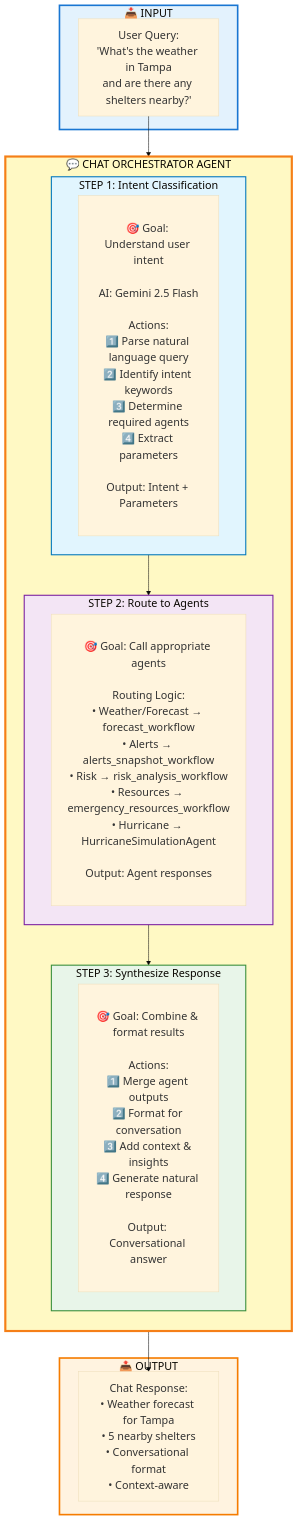
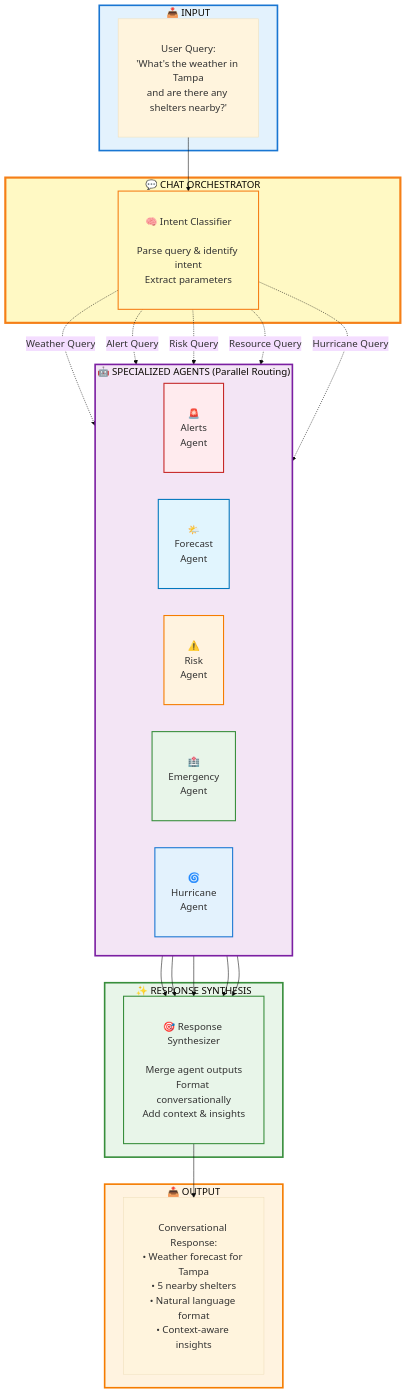
Before and after one commit to andersondang/weather_insights_and_forecase_advisor: the seventh of 7 diagrams in AGENT_FLOWS_OVERVIEW.md, drawn with Mermaid. The commit also changed other lines of this file and 1 other file, not shown here.

Commit message:
Fixed risk analysis in demo mode

````diff
--- a/AGENT_FLOWS_OVERVIEW.md
+++ b/AGENT_FLOWS_OVERVIEW.md
@@ -358,40 +358,58 @@
 ```mermaid
-%%{init: {'theme':'base', 'themeVariables': { 'fontSize':'20px', 'fontFamily':'arial'}}}%%
+%%{init: {'theme':'base', 'themeVariables': { 'fontSize':'18px', 'fontFamily':'arial'}}}%%
 graph TB
     subgraph Input6["📥 INPUT"]
-        UserQuery["User Query:<br/>'What's the weather in Tampa<br/>and are there any shelters nearby?'"]
+        UserQuery["<br/>User Query:<br/>'What's the weather in Tampa<br/>and are there any shelters nearby?'<br/><br/>"]
     end
     
-    subgraph ChatAgent["💬 CHAT ORCHESTRATOR AGENT"]
-        direction TB
-        
-        subgraph Step1F["STEP 1: Intent Classification"]
-            IntentClassify["<br/>🎯 Goal: Understand user intent<br/><br/>AI: Gemini 2.5 Flash<br/><br/>Actions:<br/>1️⃣ Parse natural language query<br/>2️⃣ Identify intent keywords<br/>3️⃣ Determine required agents<br/>4️⃣ Extract parameters<br/><br/>Output: Intent + Parameters<br/><br/>"]
-        end
-        
-        subgraph Step2F["STEP 2: Route to Agents"]
-            RouteAgents["<br/>🎯 Goal: Call appropriate agents<br/><br/>Routing Logic:<br/>• Weather/Forecast → forecast_workflow<br/>• Alerts → alerts_snapshot_workflow<br/>• Risk → risk_analysis_workflow<br/>• Resources → emergency_resources_workflow<br/>• Hurricane → HurricaneSimulationAgent<br/><br/>Output: Agent responses<br/><br/>"]
-        end
-        
-        subgraph Step3F["STEP 3: Synthesize Response"]
-            Synthesize6["<br/>🎯 Goal: Combine & format results<br/><br/>Actions:<br/>1️⃣ Merge agent outputs<br/>2️⃣ Format for conversation<br/>3️⃣ Add context & insights<br/>4️⃣ Generate natural response<br/><br/>Output: Conversational answer<br/><br/>"]
-        end
-        
-        Step1F --> Step2F
-        Step2F --> Step3F
+    subgraph ChatOrchestrator["💬 CHAT ORCHESTRATOR"]
+        IntentClassifier["<br/>🧠 Intent Classifier<br/><br/>Parse query & identify intent<br/>Extract parameters<br/><br/>"]
+    end
+    
+    subgraph SpecializedAgents["🤖 SPECIALIZED AGENTS (Parallel Routing)"]
+        direction LR
+        AlertsAgent6["<br/>🚨<br/>Alerts<br/>Agent<br/><br/>"]
+        ForecastAgent6["<br/>🌤️<br/>Forecast<br/>Agent<br/><br/>"]
+        RiskAgent6["<br/>⚠️<br/>Risk<br/>Agent<br/><br/>"]
+        EmergencyAgent6["<br/>🏥<br/>Emergency<br/>Agent<br/><br/>"]
+        HurricaneAgent6["<br/>🌀<br/>Hurricane<br/>Agent<br/><br/>"]
+    end
+    
+    subgraph Synthesis["✨ RESPONSE SYNTHESIS"]
+        Synthesizer["<br/>🎯 Response Synthesizer<br/><br/>Merge agent outputs<br/>Format conversationally<br/>Add context & insights<br/><br/>"]
     end
     
     subgraph Output6["📤 OUTPUT"]
-        Response6["Chat Response:<br/>• Weather forecast for Tampa<br/>• 5 nearby shelters<br/>• Conversational format<br/>• Context-aware"]
+        Response6["<br/>Conversational Response:<br/>• Weather forecast for Tampa<br/>• 5 nearby shelters<br/>• Natural language format<br/>• Context-aware insights<br/><br/>"]
     end
     
-    UserQuery --> Step1F
-    Step3F --> Response6
+    UserQuery --> IntentClassifier
+    
+    IntentClassifier -.->|"Weather Query"| ForecastAgent6
+    IntentClassifier -.->|"Alert Query"| AlertsAgent6
+    IntentClassifier -.->|"Risk Query"| RiskAgent6
+    IntentClassifier -.->|"Resource Query"| EmergencyAgent6
+    IntentClassifier -.->|"Hurricane Query"| HurricaneAgent6
+    
+    AlertsAgent6 --> Synthesizer
+    ForecastAgent6 --> Synthesizer
+    RiskAgent6 --> Synthesizer
+    EmergencyAgent6 --> Synthesizer
+    HurricaneAgent6 --> Synthesizer
+    
+    Synthesizer --> Response6
     
     style Input6 fill:#e3f2fd,stroke:#1976d2,stroke-width:3px
-    style ChatAgent fill:#fff9c4,stroke:#f57f17,stroke-width:4px
-    style Step1F fill:#e1f5fe,stroke:#0277bd,stroke-width:2px
-    style Step2F fill:#f3e5f5,stroke:#7b1fa2,stroke-width:2px
-    style Step3F fill:#e8f5e9,stroke:#388e3c,stroke-width:2px
+    style ChatOrchestrator fill:#fff9c4,stroke:#f57f17,stroke-width:4px
+    style SpecializedAgents fill:#f3e5f5,stroke:#7b1fa2,stroke-width:3px
+    style Synthesis fill:#e8f5e9,stroke:#388e3c,stroke-width:3px
     style Output6 fill:#fff3e0,stroke:#f57c00,stroke-width:3px
+    
+    style IntentClassifier fill:#fff9c4,stroke:#f57f17,stroke-width:2px
+    style AlertsAgent6 fill:#ffebee,stroke:#c62828,stroke-width:2px
+    style ForecastAgent6 fill:#e1f5fe,stroke:#0277bd,stroke-width:2px
+    style RiskAgent6 fill:#fff3e0,stroke:#f57c00,stroke-width:2px
+    style EmergencyAgent6 fill:#e8f5e9,stroke:#388e3c,stroke-width:2px
+    style HurricaneAgent6 fill:#e3f2fd,stroke:#1976d2,stroke-width:2px
+    style Synthesizer fill:#e8f5e9,stroke:#388e3c,stroke-width:2px
 ```
````
